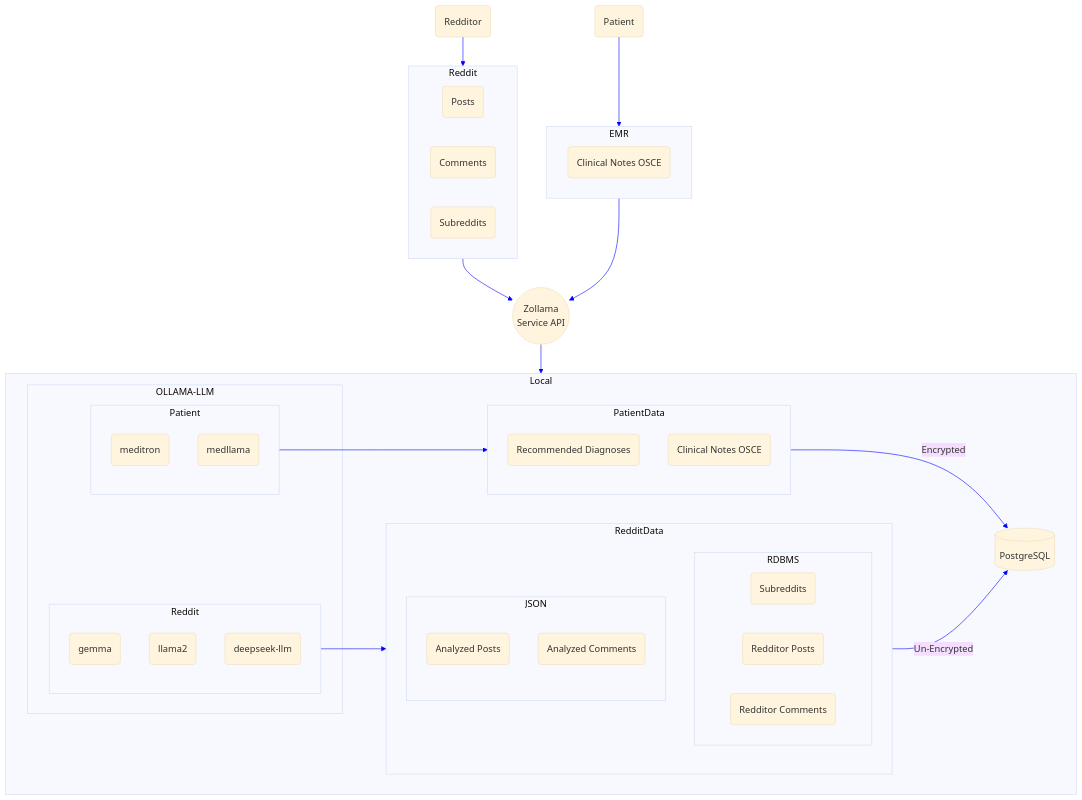
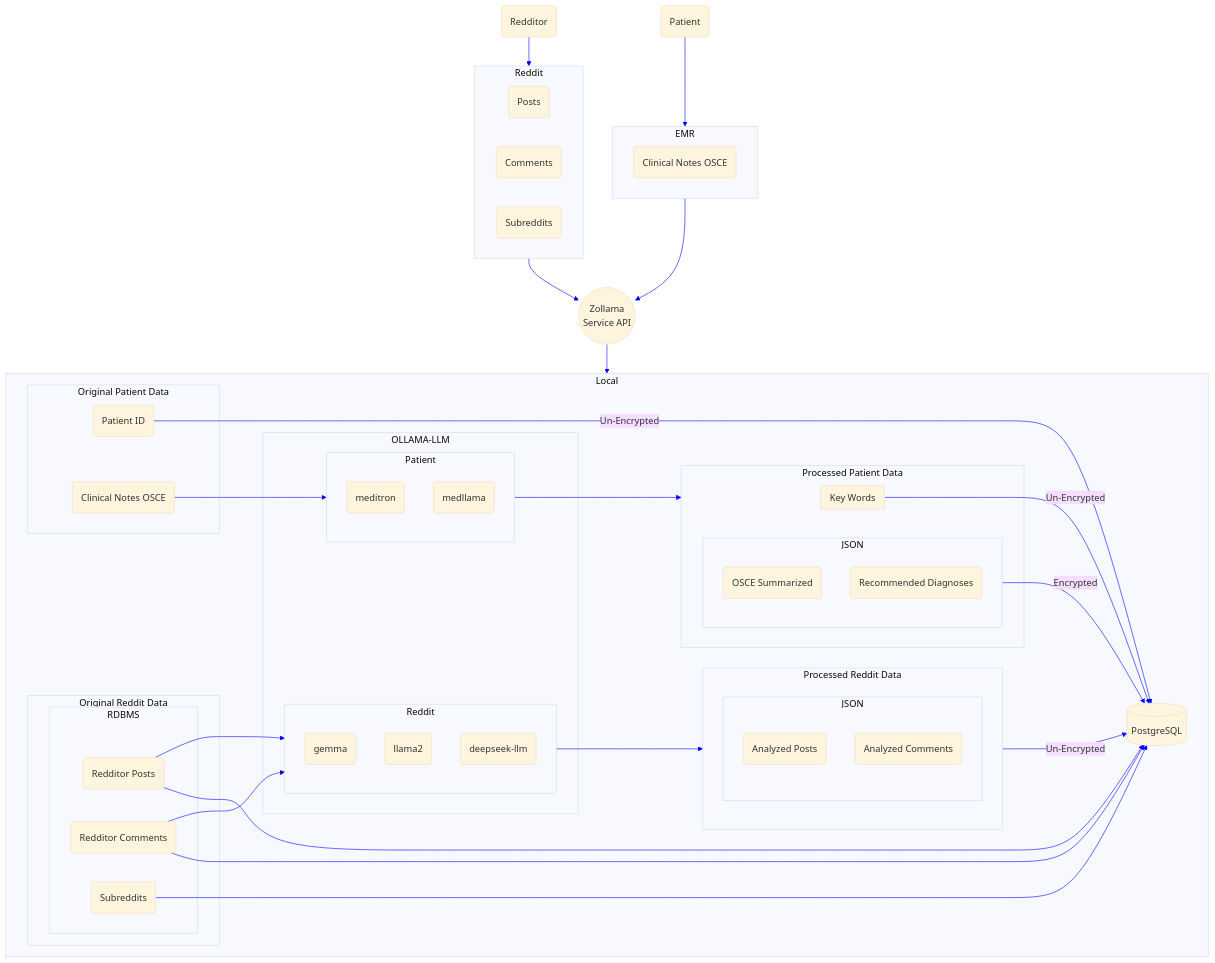
Before and after one commit to ovaisq/LLM-MedBillingForecast: the first of 3 diagrams in README.md, drawn with Mermaid.

```diff
--- a/README.md
+++ b/README.md
@@ -26,10 +26,32 @@
 F --> Reddit
 
 subgraph Local
-PatientOllama --> PatientData
-RedditOllama --> RedditData
-PatientData -- Encrypted --> D
-RedditData -- Un-Encrypted --> D
+PatientOllama --> ProcessedPatientData
+RedditOllama --> ProcessedRedditData
+PJSON -- Encrypted --> D
+ProcessedRedditData -- "Un-Encrypted" --> D
+
+RDD --> RedditOllama
+RDE --> RedditOllama
+RDD --> D
+RDE --> D
+RDC --> D
+OPDA --> PatientOllama
+OPDB -- "Un-Encrypted" --> D
+DiagnosticKeyWords -- "Un-Encrypted" --> D
+
+subgraph OriginalPatientData["Original Patient Data"]
+OPDA(Clinical Notes OSCE)
+OPDB(Patient ID)
+end
+subgraph RedditData["Original Reddit Data"]
+subgraph RDBMS
+RDD(Redditor Posts)
+RDE(Redditor Comments)
+RDC(Subreddits)
+end
+end
+
 subgraph OLLAMA-LLM
 
 subgraph RedditOllama["Reddit"]
@@ -42,16 +64,15 @@
 BA
 end
 end
-subgraph PatientData
-PDA(Recommended Diagnoses)
-PDB(Clinical Notes OSCE)
+subgraph ProcessedPatientData["Processed Patient Data"]
+subgraph PJSON["JSON"]
+PDB(OSCE Summarized)
+PDC(Recommended Diagnoses)
 end
-subgraph RedditData
-subgraph RDBMS
-RDC(Subreddits)
-RDD(Redditor Posts)
-RDE(Redditor Comments)
+subgraph DiagnosticKeyWords["Key Words"]
 end
+end
+subgraph ProcessedRedditData["Processed Reddit Data"]
 subgraph JSON
 RDA(Analyzed Posts)
 RDB(Analyzed Comments)
```
